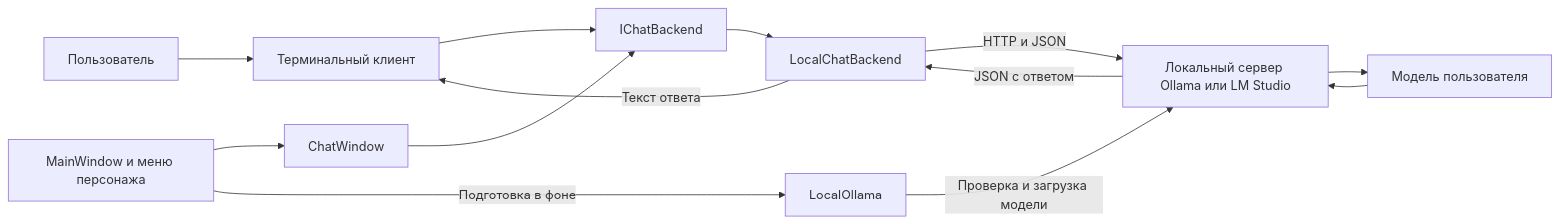
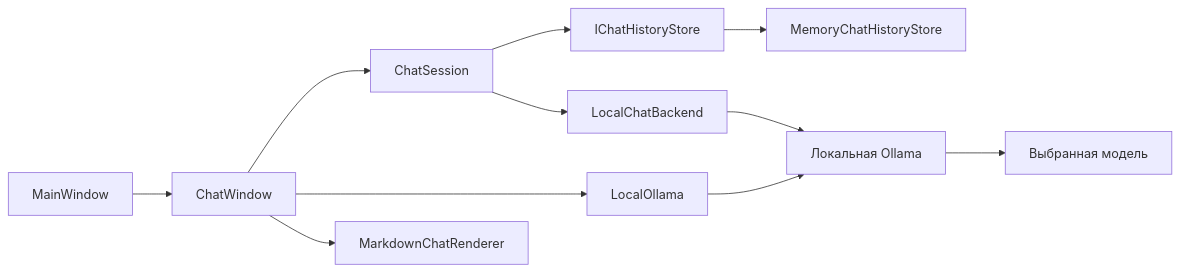
Before and after one commit to Eterlos/Desktop-support-personality-DSP-: the diagram in Chatbot/TECHNICAL.md, drawn with Mermaid. The commit also changed other lines of this file and 8 other files, not shown here.

````diff
--- a/Chatbot/TECHNICAL.md
+++ b/Chatbot/TECHNICAL.md
@@ -36,15 +190,13 @@
 ```mermaid
 flowchart LR
-    User[Пользователь] --> Terminal[Терминальный клиент]
-    Terminal --> Contract[IChatBackend]
-    Main[MainWindow и меню персонажа] --> Window[ChatWindow]
-    Main -->|Подготовка в фоне| Startup[LocalOllama]
-    Window --> Contract
-    Startup -->|Проверка и загрузка модели| Server
-    Contract --> Client[LocalChatBackend]
-    Client -->|HTTP и JSON| Server[Локальный сервер Ollama или LM Studio]
-    Server --> Model[Модель пользователя]
-    Model --> Server
-    Server -->|JSON с ответом| Client
-    Client -->|Текст ответа| Terminal
+    Main[MainWindow] --> Window[ChatWindow]
+    Window --> Session[ChatSession]
+    Session --> Store[IChatHistoryStore]
+    Store --> Memory[MemoryChatHistoryStore]
+    Session --> Backend[LocalChatBackend]
+    Window --> Setup[LocalOllama]
+    Setup --> Ollama[Локальная Ollama]
+    Backend --> Ollama
+    Ollama --> Model[Выбранная модель]
+    Window --> Renderer[MarkdownChatRenderer]
 ```
````
